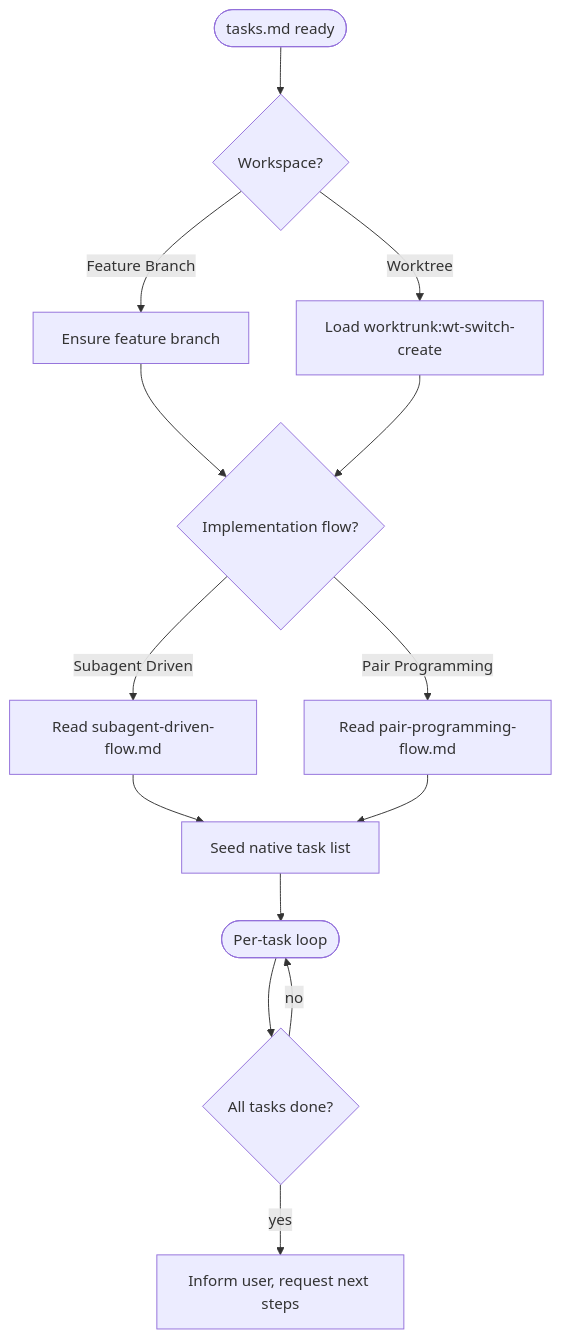
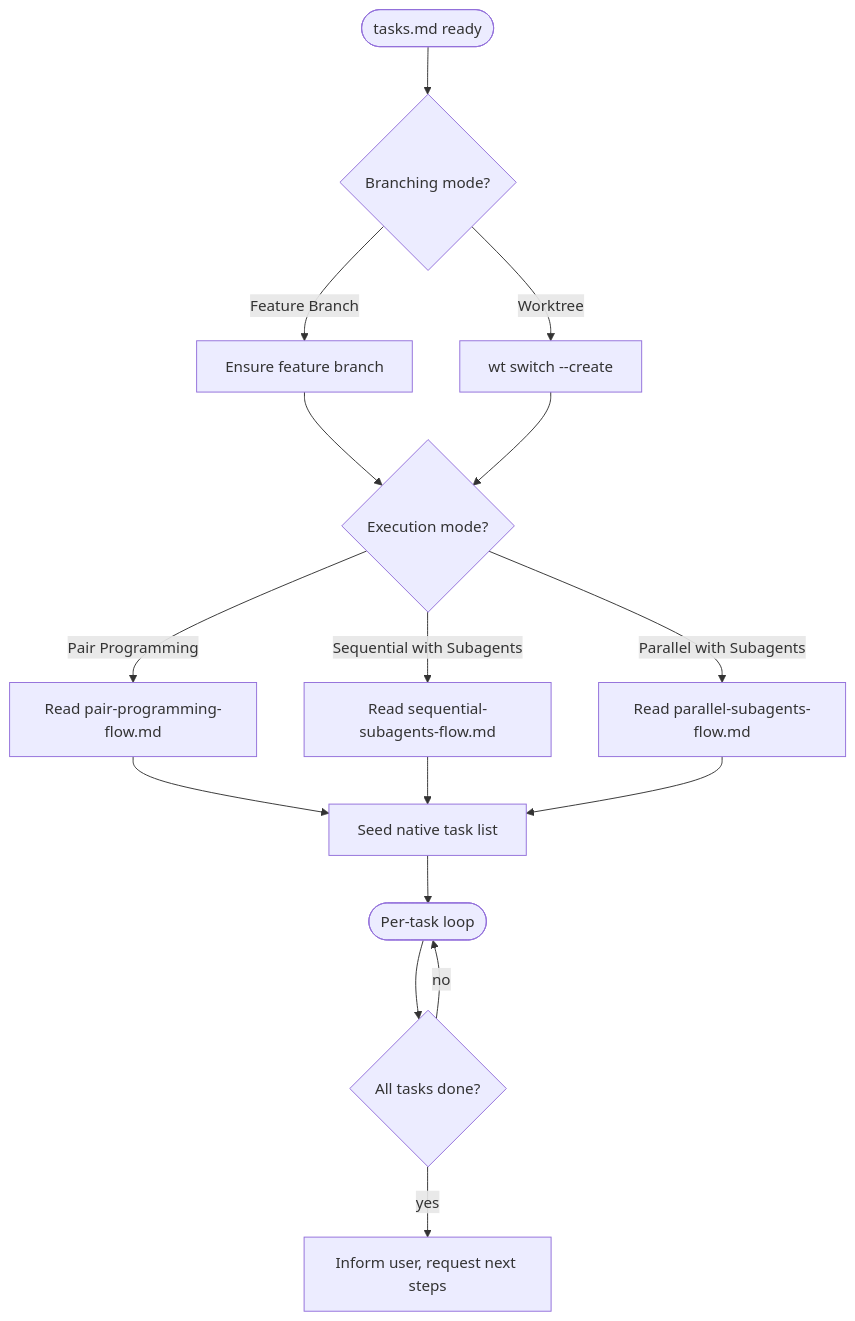
The diagram in skills/implementing-tasks/SKILL.md (ycastorium/bionic-castor), drawn with Mermaid before and after one commit. The commit also changed other lines of this file and 8 other files, not shown here.

````diff
--- a/skills/implementing-tasks/SKILL.md
+++ b/skills/implementing-tasks/SKILL.md
@@ -29,16 +29,18 @@
 ```mermaid
 flowchart TD
-    Start([tasks.md ready]) --> Q1{Workspace?}
+    Start([tasks.md ready]) --> Q1{Branching mode?}
     Q1 -->|Feature Branch| Branch[Ensure feature branch]
-    Q1 -->|Worktree| WT[Load worktrunk:wt-switch-create]
-    Branch --> Q2{Implementation flow?}
+    Q1 -->|Worktree| WT[wt switch --create]
+    Branch --> Q2{Execution mode?}
     WT --> Q2
-    Q2 -->|Subagent Driven| SA[Read subagent-driven-flow.md]
     Q2 -->|Pair Programming| PP[Read pair-programming-flow.md]
-    SA --> Seed[Seed native task list]
-    PP --> Seed
-    Seed --> Loop
-    Loop([Per-task loop]) --> Done{All tasks done?}
+    Q2 -->|Sequential with Subagents| SEQ[Read sequential-subagents-flow.md]
+    Q2 -->|Parallel with Subagents| PAR[Read parallel-subagents-flow.md]
+    PP --> Seed[Seed native task list]
+    SEQ --> Seed
+    PAR --> Seed
+    Seed --> Loop([Per-task loop])
+    Loop --> Done{All tasks done?}
     Done -->|no| Loop
     Done -->|yes| Report[Inform user, request next steps]
 ```
````
